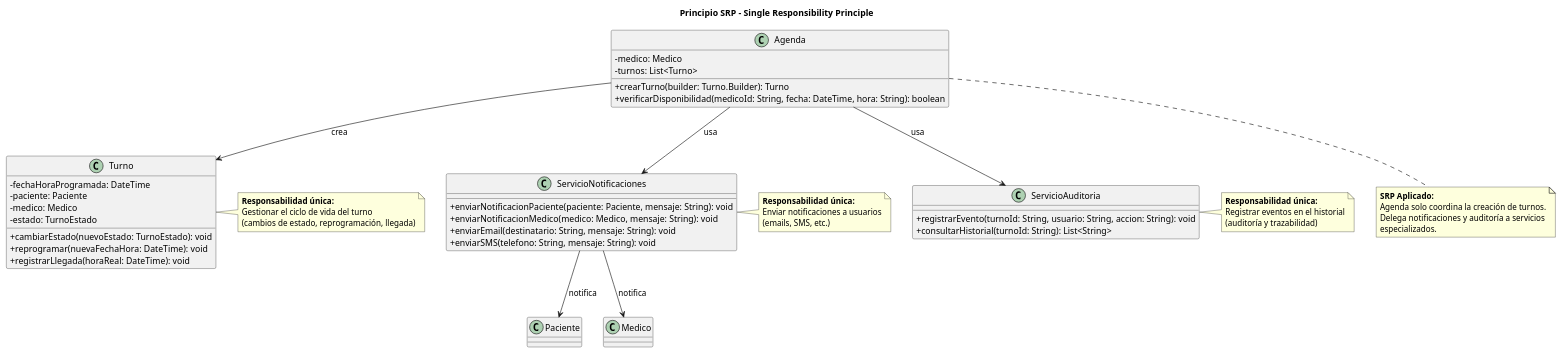
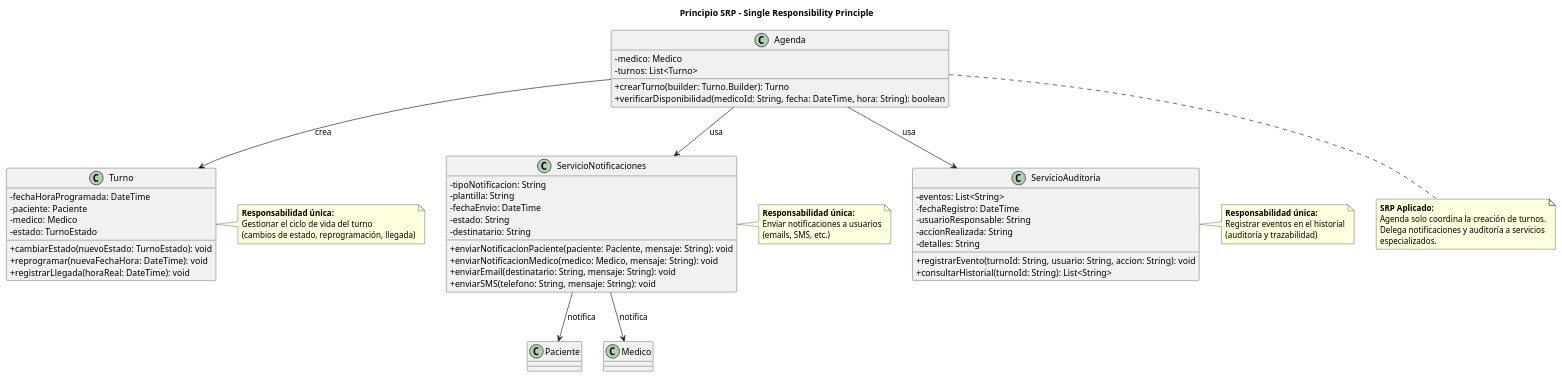
Before and after one commit to nataliacarreras96git/SistemaTurnosMedicos: the diagram in diagramas/01-diagrama-clases/01-solid-srp.puml, drawn with PlantUML. The commit also changed 1 other file, not shown here.

Commit message:
[Fixed] Corregido diagrama SRP: atributos y eliminación de IDs
- Agregados atributos faltantes en ServicioNotificaciones (tipoNotificacion, plantilla, fechaEnvio, estado, destinatario)
- Agregados atributos faltantes en ServicioAuditoria (eventos, fechaRegistro, usuarioResponsable, accionRealizada, detalles)
- Eliminadas todas las IDs de las clases (id, historiaClinicaId, matricula, legajo, secretariaId, etc.)
- Regenerado PNG del diagrama
- Actualizado changelog

Autor: @nachonervi-design (Especialista en Patrones Creacionales)

```diff
--- a/diagramas/01-diagrama-clases/01-solid-srp.puml
+++ b/diagramas/01-diagrama-clases/01-solid-srp.puml
@@ -1,73 +1,83 @@
 @startuml 01-solid-srp
 title Principio SRP - Single Responsibility Principle
 
 skinparam classAttributeIconSize 0
 skinparam monochrome false
 
 ' Clase Turno - Responsabilidad: ciclo de vida del turno
 class Turno {
   - fechaHoraProgramada: DateTime
   - paciente: Paciente
   - medico: Medico
   - estado: TurnoEstado
   + cambiarEstado(nuevoEstado: TurnoEstado): void
   + reprogramar(nuevaFechaHora: DateTime): void
   + registrarLlegada(horaReal: DateTime): void
 }
 
 ' Clase ServicioNotificaciones - Responsabilidad: enviar notificaciones
 class ServicioNotificaciones {
+  - tipoNotificacion: String
+  - plantilla: String
+  - fechaEnvio: DateTime
+  - estado: String
+  - destinatario: String
   + enviarNotificacionPaciente(paciente: Paciente, mensaje: String): void
   + enviarNotificacionMedico(medico: Medico, mensaje: String): void
   + enviarEmail(destinatario: String, mensaje: String): void
   + enviarSMS(telefono: String, mensaje: String): void
 }
 
 ' Clase ServicioAuditoria - Responsabilidad: registrar eventos
 class ServicioAuditoria {
+  - eventos: List<String>
+  - fechaRegistro: DateTime
+  - usuarioResponsable: String
+  - accionRealizada: String
+  - detalles: String
   + registrarEvento(turnoId: String, usuario: String, accion: String): void
   + consultarHistorial(turnoId: String): List<String>
 }
 
 ' Clase Agenda - Responsabilidad: coordinar creación de turnos
 class Agenda {
   - medico: Medico
   - turnos: List<Turno>
   + crearTurno(builder: Turno.Builder): Turno
   + verificarDisponibilidad(medicoId: String, fecha: DateTime, hora: String): boolean
 }
 
 ' Relaciones
 Agenda --> Turno : crea
 Agenda --> ServicioNotificaciones : usa
 Agenda --> ServicioAuditoria : usa
 ServicioNotificaciones --> Paciente : notifica
 ServicioNotificaciones --> Medico : notifica
 
 ' Notas explicativas
 note right of Turno
   **Responsabilidad única:**
   Gestionar el ciclo de vida del turno
   (cambios de estado, reprogramación, llegada)
 end note
 
 note right of ServicioNotificaciones
   **Responsabilidad única:**
   Enviar notificaciones a usuarios
   (emails, SMS, etc.)
 end note
 
 note right of ServicioAuditoria
   **Responsabilidad única:**
   Registrar eventos en el historial
   (auditoría y trazabilidad)
 end note
 
 note bottom of Agenda
   **SRP Aplicado:**
   Agenda solo coordina la creación de turnos.
   Delega notificaciones y auditoría a servicios
   especializados.
 end note
 
 @enduml
```
